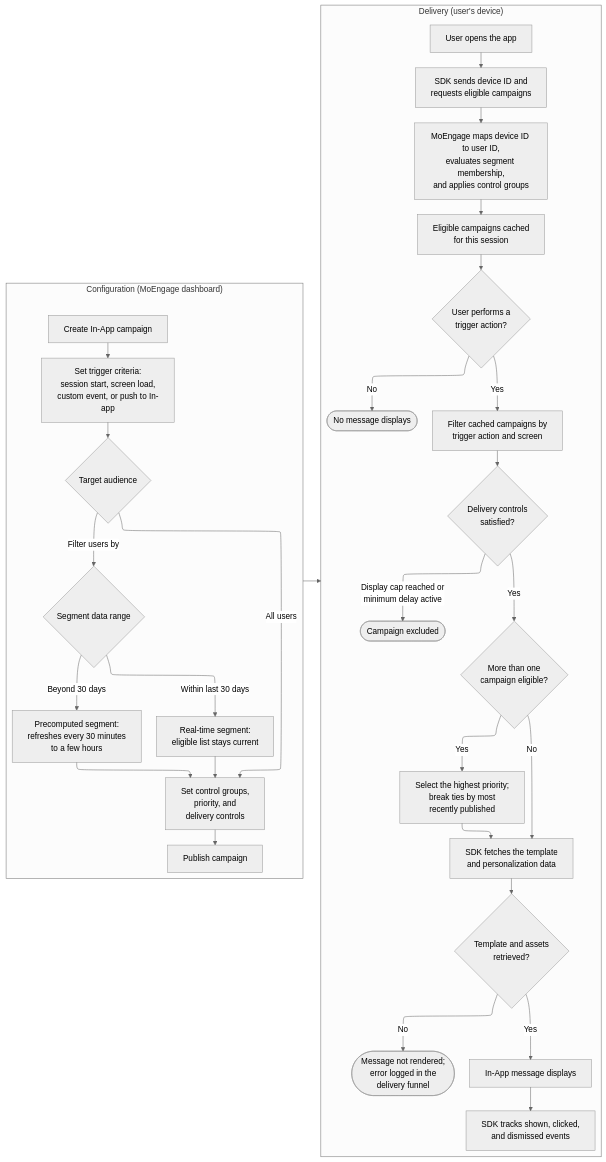
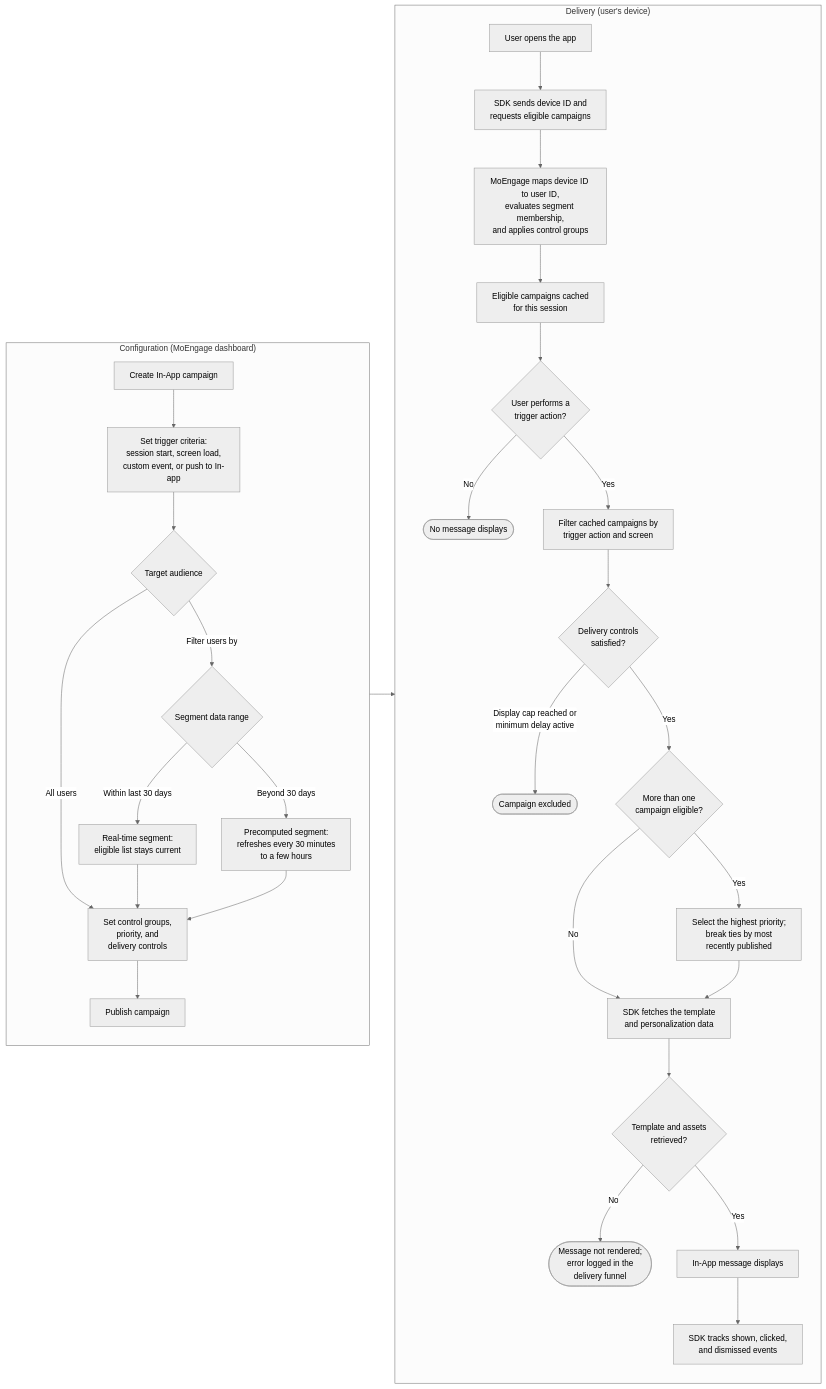
The diagram in user-guide/campaigns-and-channels/in-app-message/analyze/campaign-delivery-mechanism-for-in-app-messages.mdx (moengage/moengage-documentation), drawn with Mermaid (neutral theme) before and after one commit.

Commit message:
Drop ELK renderer from delivery flow diagram
The diagram failed to render in Mintlify with "Failed to render the
Mermaid diagram". The browser console showed the cause:

  TypeError: Converting circular structure to JSON
    starting at object with constructor 'HTMLHtmlElement'
    property '__reactFiber$...' -> ... closes the circle
    at JSON.stringify -> drawNodes -> Module.render

Mermaid's ELK renderer calls JSON.stringify on node data that includes
a DOM element. Inside Mintlify's React app that element carries a
__reactFiber$* back-reference, so the graph is circular and stringify
throws. Removing the defaultRenderer directive falls back to dagre and
renders correctly.

This is why the earlier mermaid-cli validation passed: jsdom attaches
no React fibers, so the circular reference never exists there. A CLI
render is not a valid proxy for Mintlify's renderer.

Verified in mint dev: 24 nodes, 2 clusters, 26 edges, no failure
message, and the cluster-to-cluster connector (L_dashboard_device_0)
still present under dagre, so each subgraph keeps its TB direction.

````diff
--- a/user-guide/campaigns-and-channels/in-app-message/analyze/campaign-delivery-mechanism-for-in-app-messages.mdx
+++ b/user-guide/campaigns-and-channels/in-app-message/analyze/campaign-delivery-mechanism-for-in-app-messages.mdx
@@ -231,38 +231,37 @@
 ```mermaid placement="top-right"
-%%{init: {'flowchart': {'defaultRenderer': 'elk'}}}%%
 flowchart LR
     subgraph dashboard["Configuration (MoEngage dashboard)"]
         direction TB
         A["Create In-App campaign"] --> B["Set trigger criteria:<br/>session start, screen load,<br/>custom event, or push to In-app"]
         B --> C{"Target audience"}
         C -->|"All users"| F["Set control groups,<br/>priority, and<br/>delivery controls"]
         C -->|"Filter users by"| D{"Segment data range"}
         D -->|"Within last 30 days"| D1["Real-time segment:<br/>eligible list stays current"]
         D -->|"Beyond 30 days"| D2["Precomputed segment:<br/>refreshes every 30 minutes<br/>to a few hours"]
         D1 --> F
         D2 --> F
         F --> G["Publish campaign"]
     end
 
     subgraph device["Delivery (user's device)"]
         direction TB
         H["User opens the app"] --> I["SDK sends device ID and<br/>requests eligible campaigns"]
         I --> J["MoEngage maps device ID to user ID,<br/>evaluates segment membership,<br/>and applies control groups"]
         J --> K["Eligible campaigns cached<br/>for this session"]
         K --> L{"User performs a<br/>trigger action?"}
         L -->|"No"| X1(["No message displays"])
         L -->|"Yes"| M["Filter cached campaigns by<br/>trigger action and screen"]
         M --> N{"Delivery controls<br/>satisfied?"}
         N -->|"Display cap reached or<br/>minimum delay active"| X2(["Campaign excluded"])
         N -->|"Yes"| O{"More than one<br/>campaign eligible?"}
         O -->|"Yes"| P["Select the highest priority;<br/>break ties by most<br/>recently published"]
         O -->|"No"| Q
         P --> Q["SDK fetches the template<br/>and personalization data"]
         Q --> R{"Template and assets<br/>retrieved?"}
         R -->|"No"| X3(["Message not rendered;<br/>error logged in the<br/>delivery funnel"])
         R -->|"Yes"| S["In-App message displays"]
         S --> T["SDK tracks shown, clicked,<br/>and dismissed events"]
     end
 
     dashboard --> device
 ```
````
